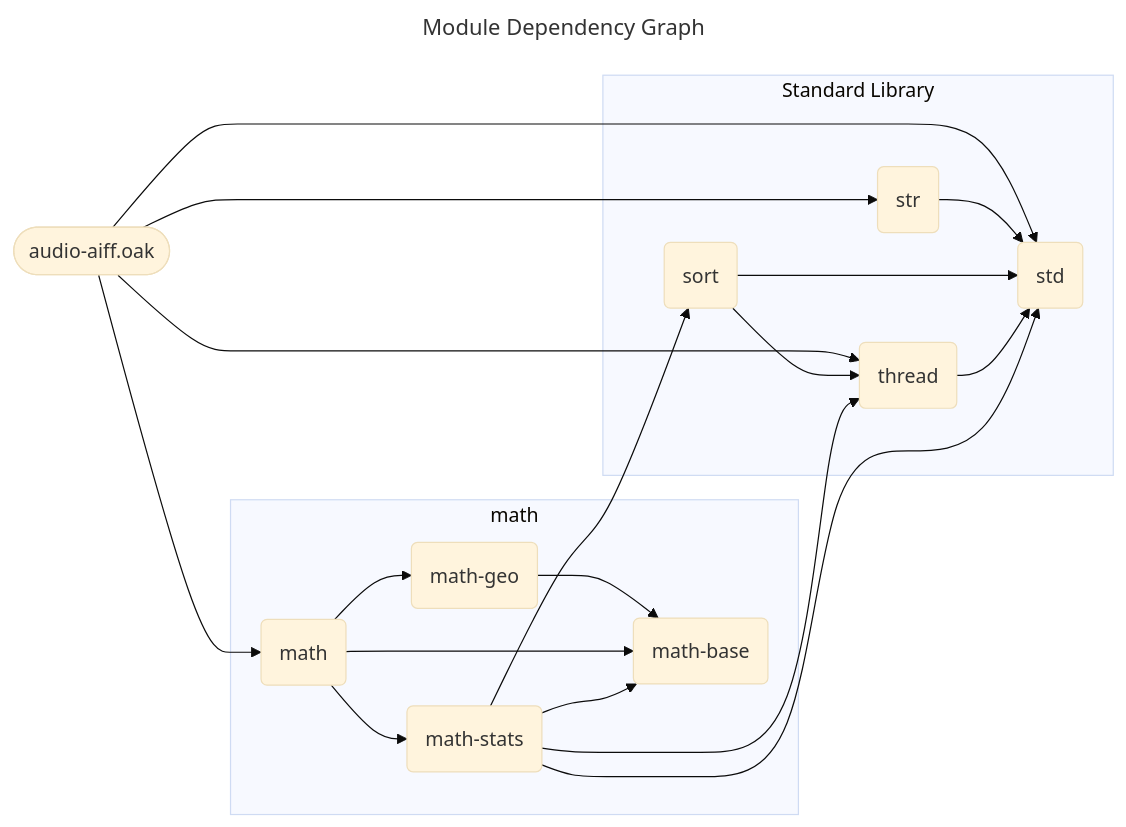
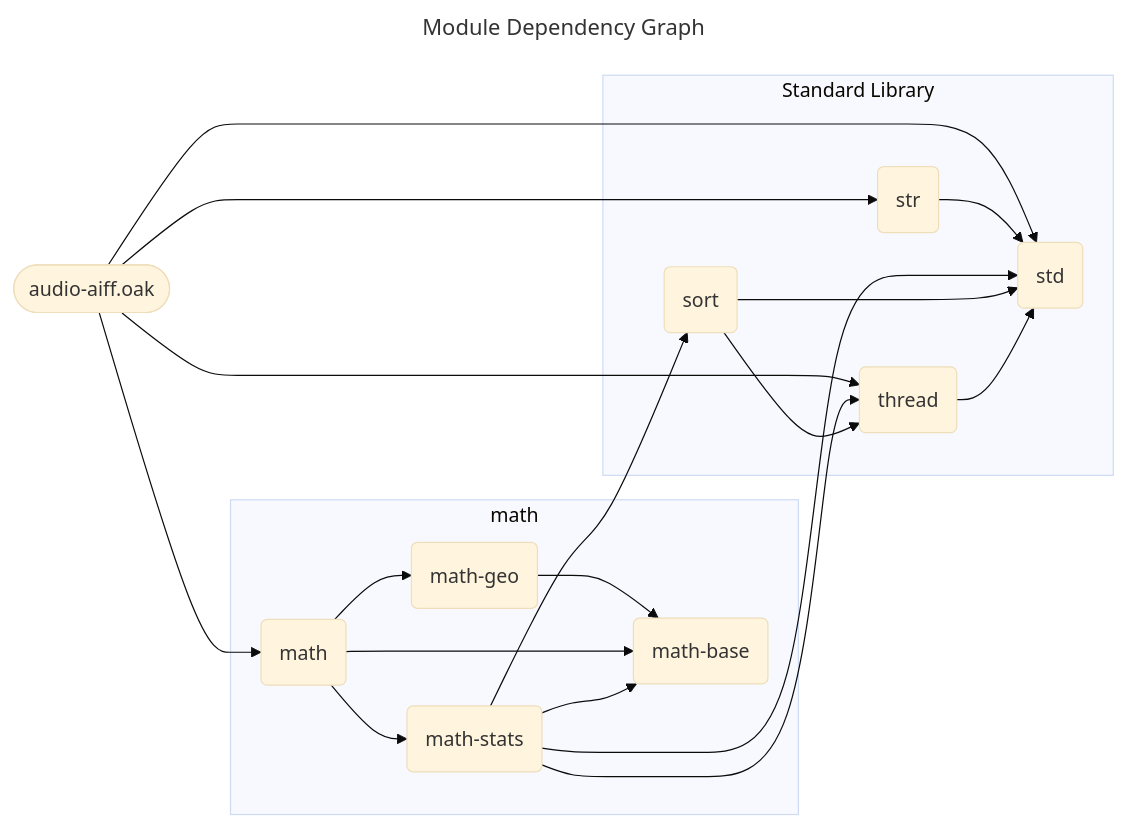
The diagram in docs/spec/audio-aiff.mmd (SpcFORK/magnolia), drawn with Mermaid (base theme) before and after one commit. The commit also changed other lines of this file and 150 other files, not shown here.

First line of the commit message:
Refactor module dependency graphs and enhance Go code generation

```diff
--- a/docs/spec/audio-aiff.mmd
+++ b/docs/spec/audio-aiff.mmd
@@ -1,33 +1,33 @@
 ---
 title: Module Dependency Graph
 ---
 flowchart LR
     lib_audio_aiff_oak(["audio-aiff.oak"])
     subgraph stdlib_math ["math"]
-        math_base("math-base")
         math_geo("math-geo")
         math("math")
         math_stats("math-stats")
+        math_base("math-base")
     end
     subgraph stdlib_core ["Standard Library"]
+        str("str")
+        std("std")
         sort("sort")
         thread("thread")
-        std("std")
-        str("str")
     end
     lib_audio_aiff_oak --> std
     lib_audio_aiff_oak --> str
     lib_audio_aiff_oak --> math
     lib_audio_aiff_oak --> thread
     str --> std
     math_geo --> math_base
     math --> math_base
     math --> math_geo
     math --> math_stats
-    sort --> std
-    sort --> thread
-    thread --> std
     math_stats --> std
     math_stats --> sort
     math_stats --> math_base
     math_stats --> thread
+    sort --> std
+    sort --> thread
+    thread --> std
```
